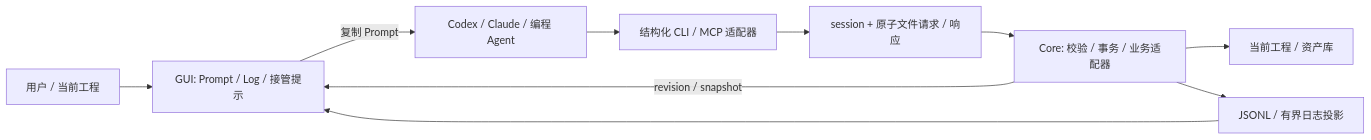
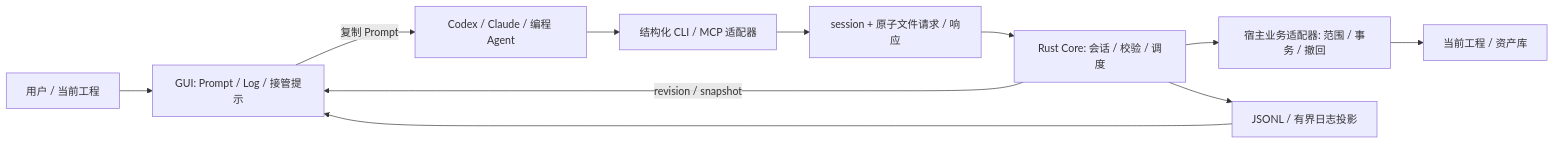
The diagram in docs/02-architecture.md (JDui/Core-AgentLink), drawn with Mermaid before and after one commit. The commit also changed other lines of this file and 45 other files, not shown here.

````diff
--- a/docs/02-architecture.md
+++ b/docs/02-architecture.md
@@ -5,12 +5,13 @@
 ```mermaid
 flowchart LR
     U[用户 / 当前工程] --> GUI[GUI: Prompt / Log / 接管提示]
     GUI -->|复制 Prompt| A[Codex / Claude / 编程 Agent]
     A --> CLI[结构化 CLI / MCP 适配器]
     CLI --> IPC[session + 原子文件请求 / 响应]
-    IPC --> Core[Core: 校验 / 事务 / 业务适配器]
-    Core --> Project[当前工程 / 资产库]
+    IPC --> Core[Rust Core: 会话 / 校验 / 调度]
+    Core --> Domain[宿主业务适配器: 范围 / 事务 / 撤回]
+    Domain --> Project[当前工程 / 资产库]
     Core --> Journal[JSONL / 有界日志投影]
     Core -->|revision / snapshot| GUI
     Journal --> GUI
 ```
````
